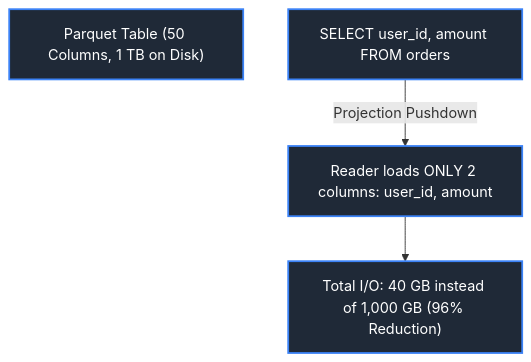
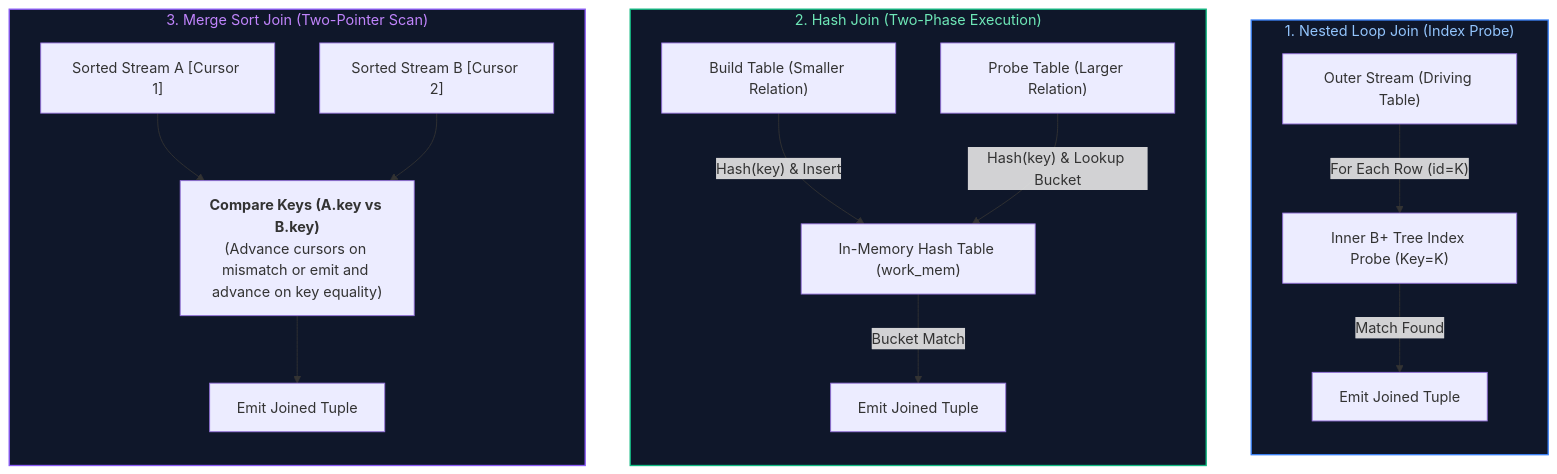
Diagram 17 of 23 in Data Engineering/04_database_internals_and_performance.md (joydeep-biswas/Interview-Preparation), drawn with Mermaid before and after one commit. The commit also changed other lines of this file and 143 other files, not shown here.

````diff
--- a/Data Engineering/04_database_internals_and_performance.md
+++ b/Data Engineering/04_database_internals_and_performance.md
@@ -1167,12 +922,29 @@
 ```mermaid
 flowchart TD
-    Table["Parquet Table (50 Columns, 1 TB on Disk)"]
-    Query["SELECT user_id, amount FROM orders"]
-    Query -->|Projection Pushdown| Reader["Reader loads ONLY 2 columns: user_id, amount"]
-    Reader --> Result["Total I/O: 40 GB instead of 1,000 GB (96% Reduction)"]
+    subgraph NLJ_Flow ["1. Nested Loop Join (Index Probe)"]
+        direction TB
+        NL_Outer["Outer Stream (Driving Table)"] -->|"For Each Row (id=K)"| NL_Idx["Inner B+ Tree Index Probe (Key=K)"]
+        NL_Idx -->|"Match Found"| NL_Emit["Emit Joined Tuple"]
+    end
 
-    style Table fill:#1f2937,stroke:#3b82f6,stroke-width:2px,color:#fff
-    style Query fill:#1f2937,stroke:#3b82f6,stroke-width:2px,color:#fff
-    style Reader fill:#1f2937,stroke:#3b82f6,stroke-width:2px,color:#fff
-    style Result fill:#1f2937,stroke:#3b82f6,stroke-width:2px,color:#fff
+    subgraph HJ_Flow ["2. Hash Join (Two-Phase Execution)"]
+        direction TB
+        HJ_Build["Build Table (Smaller Relation)"] -->|"Hash(key) & Insert"| HJ_Table["In-Memory Hash Table (work_mem)"]
+        HJ_Probe["Probe Table (Larger Relation)"] -->|"Hash(key) & Lookup Bucket"| HJ_Table
+        HJ_Table -->|"Bucket Match"| HJ_Emit["Emit Joined Tuple"]
+    end
+
+    subgraph SMJ_Flow ["3. Merge Sort Join (Two-Pointer Scan)"]
+        direction TB
+        SM_StreamA["Sorted Stream A [Cursor 1]"]
+        SM_StreamB["Sorted Stream B [Cursor 2]"]
+        SM_Comp["<b>Compare Keys (A.key vs B.key)</b><br/>(Advance cursors on mismatch or emit and advance on key equality)"]
+        SM_StreamA --> SM_Comp
+        SM_StreamB --> SM_Comp
+        SM_Comp --> SM_Emit["Emit Joined Tuple"]
+    end
+
+    style NLJ_Flow fill:#0f172a,stroke:#3b82f6,stroke-width:1.5px,color:#93c5fd
+    style HJ_Flow fill:#0f172a,stroke:#10b981,stroke-width:1.5px,color:#6ee7b7
+    style SMJ_Flow fill:#0f172a,stroke:#8b5cf6,stroke-width:1.5px,color:#c084fc
 ```
````
